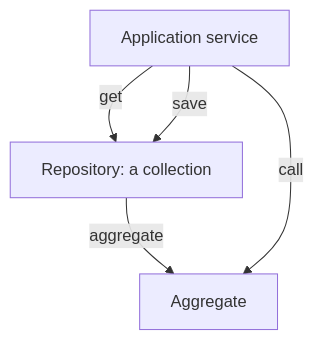
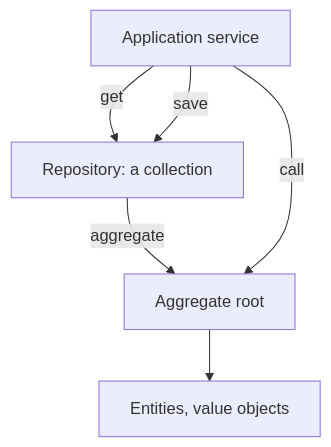
One commit to Bezugsmolluske/knowledge-base changed the diagram in Backend/Use case patterns/Domain Model.md. Above: the diagram before and after it, drawn with Mermaid. The commit also changed other lines of this file and 15 other files, not shown here.

````diff
--- a/Backend/Use case patterns/Domain Model.md
+++ b/Backend/Use case patterns/Domain Model.md
@@ -30,7 +33,8 @@
 ```mermaid
 graph TD
 S[Application service] -->|get| R[Repository: a collection]
-R -->|aggregate| A[Aggregate]
+R -->|aggregate| A[Aggregate root]
 S -->|call| A
+A --> V[Entities, value objects]
 S -->|save| R
 ```
````
